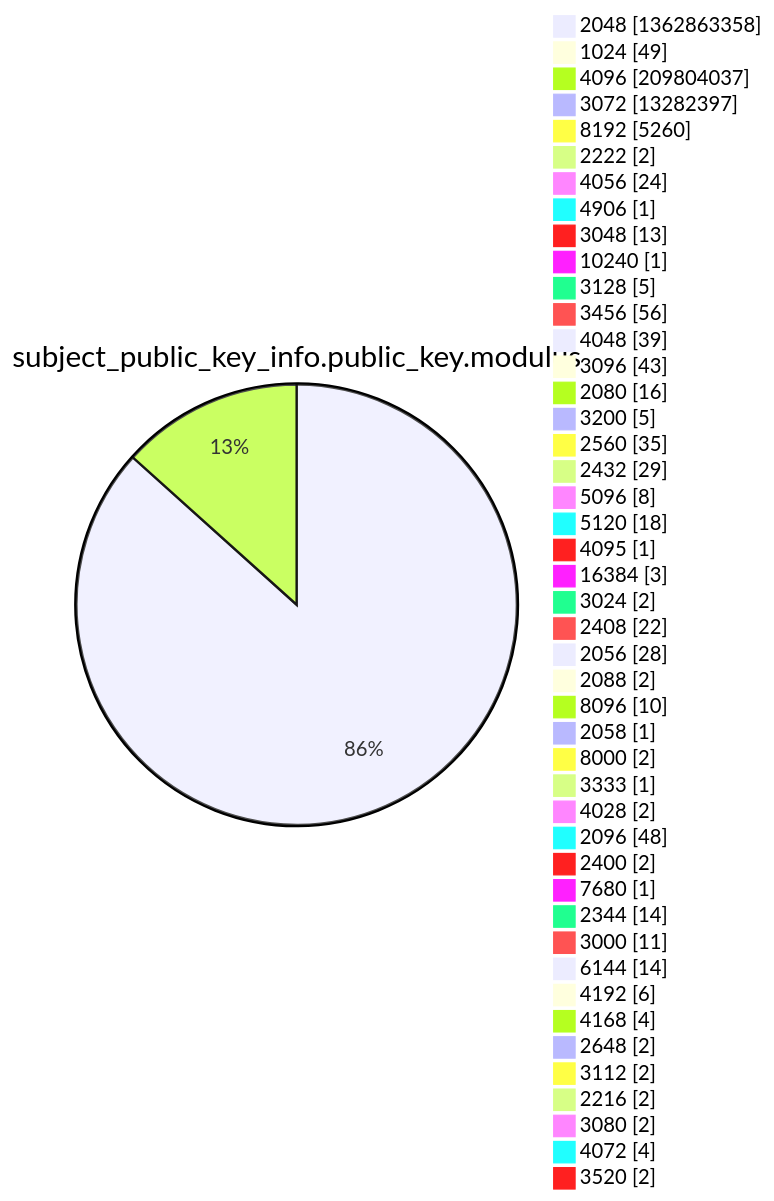
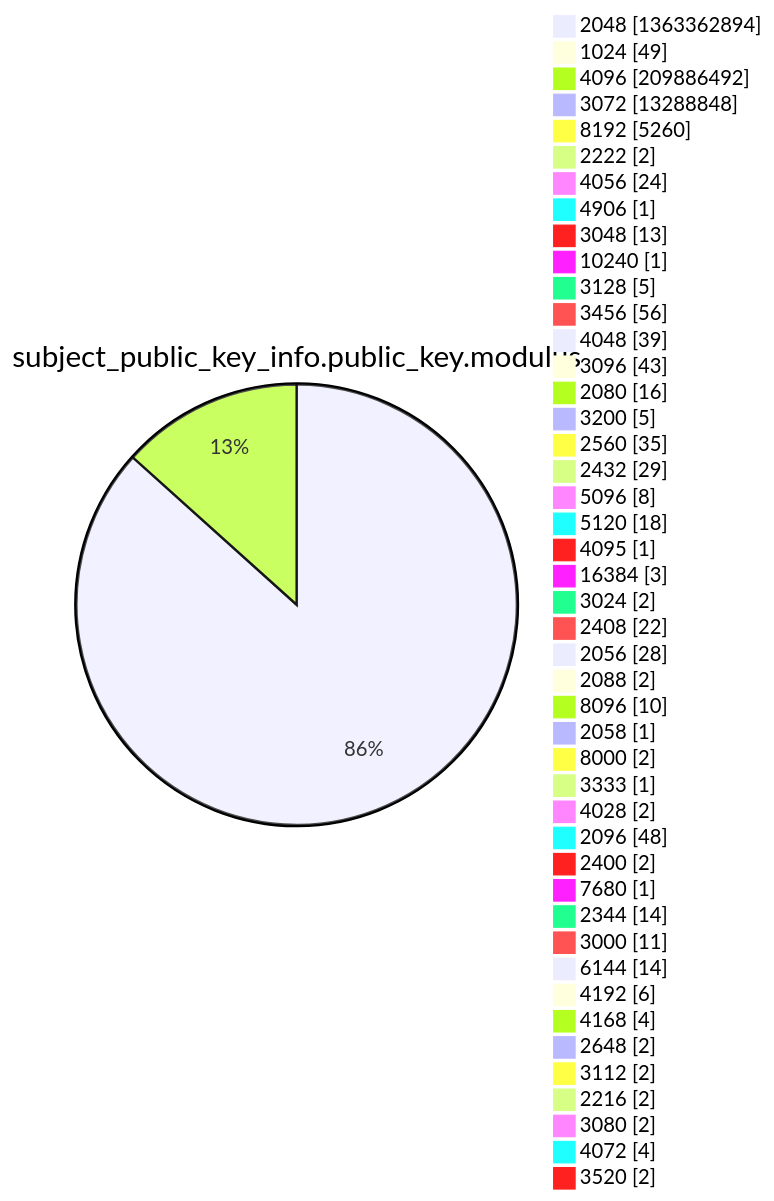
One commit to christiankrug/ctmonitor_visualization changed diagram 13 of 15 in xenon2022/README.md. Above: the diagram before and after it, drawn with Mermaid. The commit also changed other lines of this file, not shown here.

````diff
--- a/xenon2022/README.md
+++ b/xenon2022/README.md
@@ -3927,49 +3927,49 @@
 ```mermaid
 pie showData
 title subject_public_key_info.public_key.modulus
-"2048" :1362863358
+"2048" :1363362894
 "1024" :49
-"4096" :209804037
-"3072" :13282397
+"4096" :209886492
+"3072" :13288848
 "8192" :5260
 "2222" :2
 "4056" :24
 "4906" :1
 "3048" :13
 "10240" :1
 "3128" :5
 "3456" :56
 "4048" :39
 "3096" :43
 "2080" :16
 "3200" :5
 "2560" :35
 "2432" :29
 "5096" :8
 "5120" :18
 "4095" :1
 "16384" :3
 "3024" :2
 "2408" :22
 "2056" :28
 "2088" :2
 "8096" :10
 "2058" :1
 "8000" :2
 "3333" :1
 "4028" :2
 "2096" :48
 "2400" :2
 "7680" :1
 "2344" :14
 "3000" :11
 "6144" :14
 "4192" :6
 "4168" :4
 "2648" :2
 "3112" :2
 "2216" :2
 "3080" :2
 "4072" :4
 "3520" :2
 ```
````
